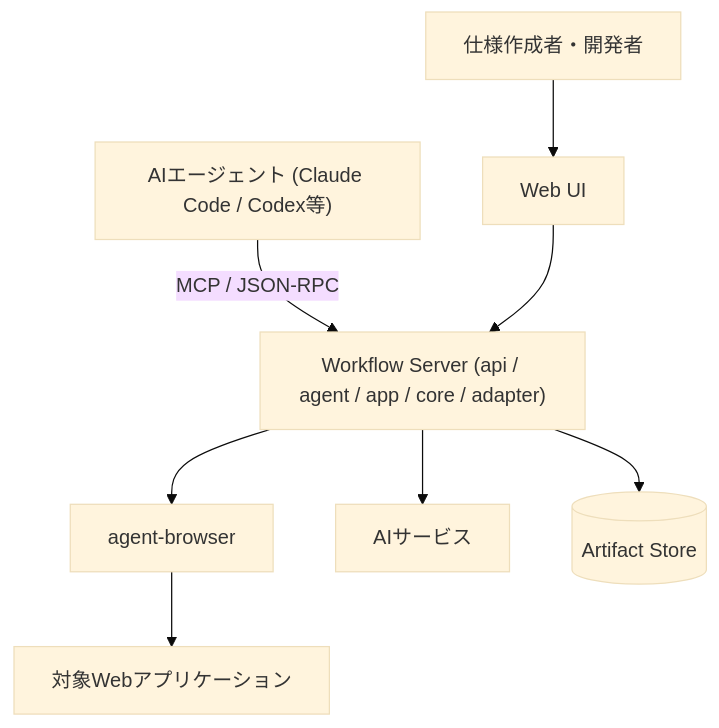
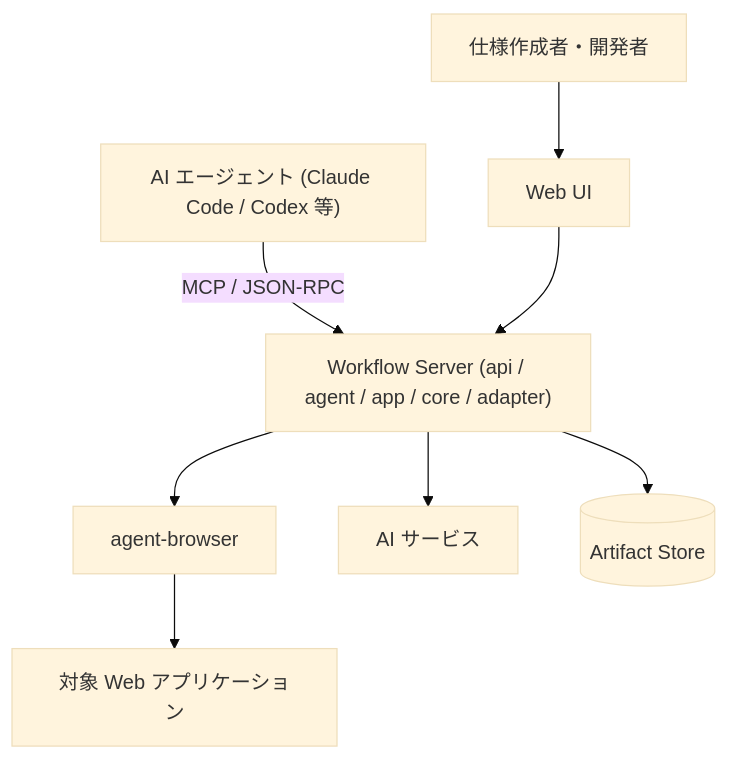
Before and after one commit to Fukuemon/screen-contract: the second of 3 diagrams in design/DesignDoc.md, drawn with Mermaid (base theme). The commit also changed other lines of this file and 9 other files, not shown here.

````diff
--- a/design/DesignDoc.md
+++ b/design/DesignDoc.md
@@ -213,10 +213,10 @@
 ```mermaid
 flowchart TD
     user["仕様作成者・開発者"] --> web["Web UI"]
-    agentcli["AIエージェント (Claude Code / Codex等)"] -- "MCP / JSON-RPC" --> server
+    agentcli["AI エージェント (Claude Code / Codex 等)"] -- "MCP / JSON-RPC" --> server
     web --> server["Workflow Server (api / agent / app / core / adapter)"]
     server --> browser["agent-browser"]
-    browser --> target["対象Webアプリケーション"]
-    server --> aisvc["AIサービス"]
+    browser --> target["対象 Web アプリケーション"]
+    server --> aisvc["AI サービス"]
     server --> store[("Artifact Store")]
 ```
````
